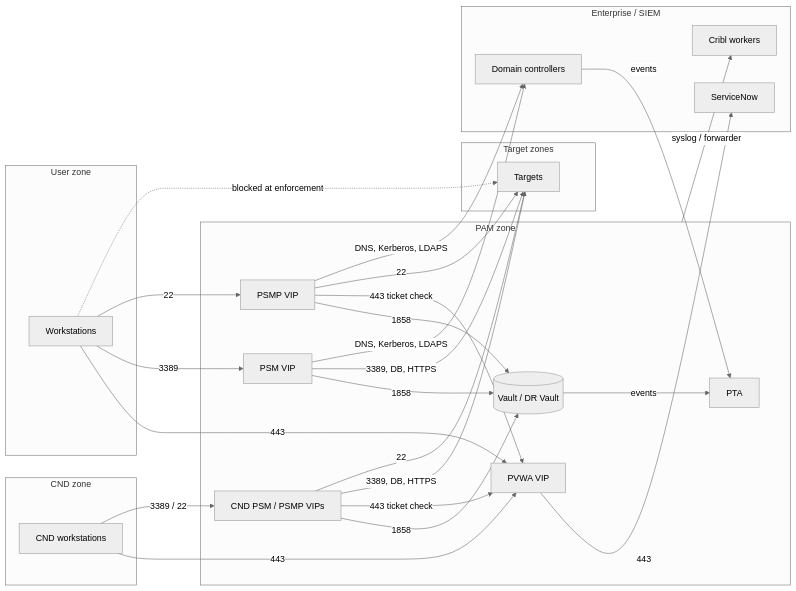
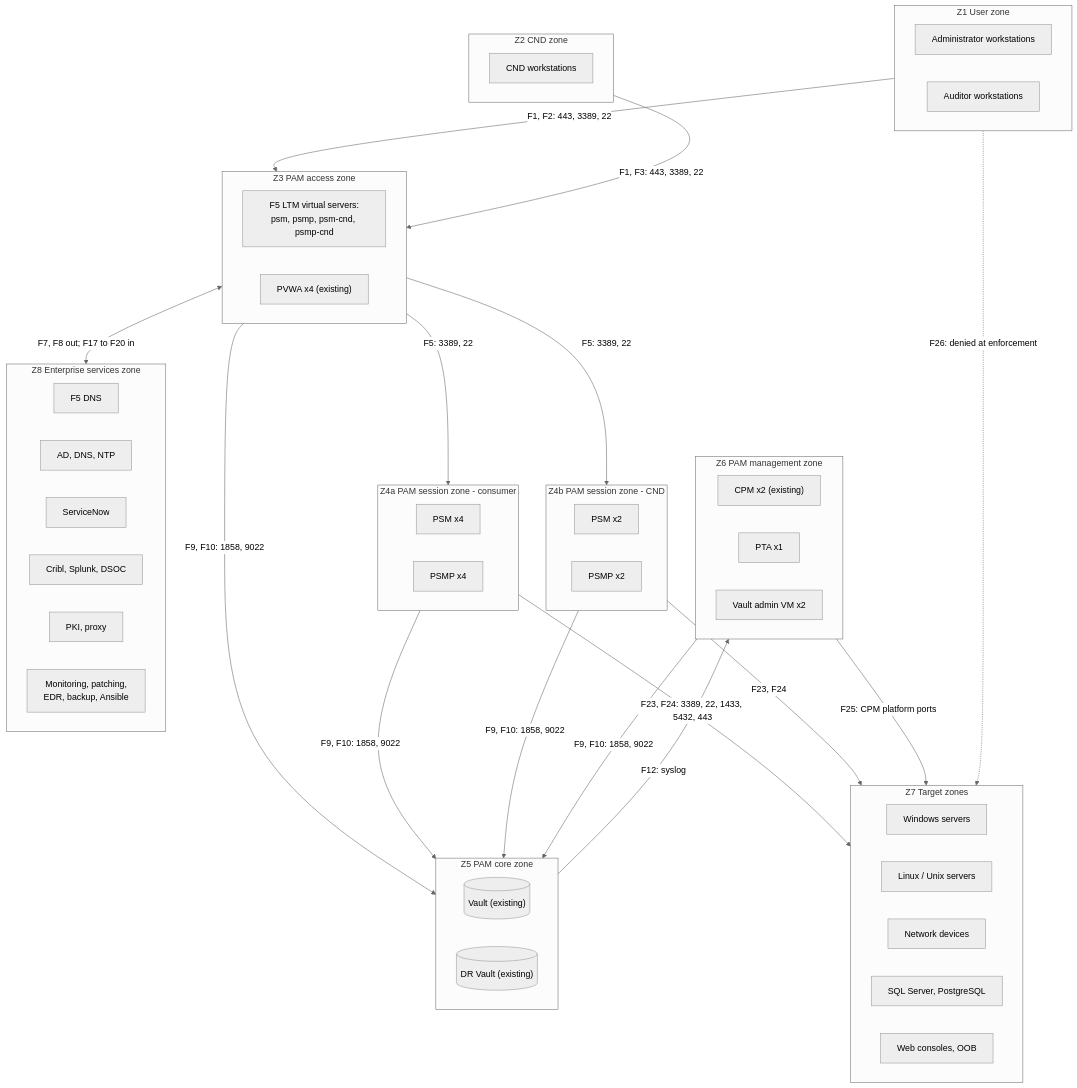
Before and after one commit to cnampalli/CB-Raap-Vault: the fourth of 13 diagrams in docs/cyberark-psm/impact-assessment.md, drawn with Mermaid (neutral theme). The commit also changed other lines of this file, not shown here.

First line of the commit message:
docs(psm): IA v0.11 - zones, sites, flows and resource summary

````diff
--- a/docs/cyberark-psm/impact-assessment.md
+++ b/docs/cyberark-psm/impact-assessment.md
@@ -476,38 +534,57 @@
 ```mermaid
-flowchart LR
-    subgraph UZ["User zone"]
-        WS["Workstations"]
+flowchart TB
+    subgraph Z1["Z1 User zone"]
+        WS["Administrator workstations"]
+        AW["Auditor workstations"]
     end
-    subgraph CZ["CND zone"]
+    subgraph Z2["Z2 CND zone"]
         CWS["CND workstations"]
     end
-    subgraph PZ["PAM zone"]
-        PVWA["PVWA VIP"]
-        PSMV["PSM VIP"]
-        PSMPV["PSMP VIP"]
-        CNDV["CND PSM / PSMP VIPs"]
-        VLT[("Vault / DR Vault")]
-        PTA["PTA"]
+    subgraph Z3["Z3 PAM access zone"]
+        LTM["F5 LTM virtual servers:<br/>psm, psmp, psm-cnd, psmp-cnd"]
+        PVWA["PVWA x4 (existing)"]
     end
-    subgraph TZ["Target zones"]
-        T["Targets"]
+    subgraph Z4a["Z4a PAM session zone - consumer"]
+        PSM["PSM x4"]
+        PSMP["PSMP x4"]
     end
-    subgraph SZ["Enterprise / SIEM"]
+    subgraph Z4b["Z4b PAM session zone - CND"]
+        PSMn["PSM x2"]
+        PSMPn["PSMP x2"]
+    end
+    subgraph Z5["Z5 PAM core zone"]
+        V[("Vault (existing)")]
+        DRV[("DR Vault (existing)")]
+    end
+    subgraph Z6["Z6 PAM management zone"]
+        CPM["CPM x2 (existing)"]
+        PTA["PTA x1"]
+        VADM["Vault admin VM x2"]
+    end
+    subgraph Z7["Z7 Target zones"]
+        TW["Windows servers"]
+        TL["Linux / Unix servers"]
+        TN["Network devices"]
+        TD["SQL Server, PostgreSQL"]
+        TC["Web consoles, OOB"]
+    end
+    subgraph Z8["Z8 Enterprise services zone"]
+        GTM["F5 DNS"]
+        AD["AD, DNS, NTP"]
         SN["ServiceNow"]
-        CR["Cribl workers"]
-        DC["Domain controllers"]
+        CR["Cribl, Splunk, DSOC"]
+        PKI["PKI, proxy"]
+        OPS["Monitoring, patching,<br/>EDR, backup, Ansible"]
     end
-    WS & CWS -->|"443"| PVWA
-    WS -->|"3389"| PSMV
-    WS -->|"22"| PSMPV
-    CWS -->|"3389 / 22"| CNDV
-    PSMV & PSMPV & CNDV -->|"1858"| VLT
-    PSMPV & CNDV -->|"443 ticket check"| PVWA
-    PVWA -->|"443"| SN
-    PSMV & CNDV -->|"3389, DB, HTTPS"| T
-    PSMPV & CNDV -->|"22"| T
-    PSMV & PSMPV -->|"DNS, Kerberos, LDAPS"| DC
-    VLT & DC -->|"events"| PTA
-    PZ -->|"syslog / forwarder"| CR
-    WS -. "blocked at enforcement" .-> T
+    Z1 -->|"F1, F2: 443, 3389, 22"| Z3
+    Z2 -->|"F1, F3: 443, 3389, 22"| Z3
+    Z3 -->|"F5: 3389, 22"| Z4a
+    Z3 -->|"F5: 3389, 22"| Z4b
+    Z4a -->|"F23, F24: 3389, 22, 1433, 5432, 443"| Z7
+    Z4b -->|"F23, F24"| Z7
+    Z6 -->|"F25: CPM platform ports"| Z7
+    Z3 & Z4a & Z4b & Z6 -->|"F9, F10: 1858, 9022"| Z5
+    Z5 -->|"F12: syslog"| Z6
+    Z3 <-->|"F7, F8 out; F17 to F20 in"| Z8
+    Z1 -. "F26: denied at enforcement" .-> Z7
 ```
````
